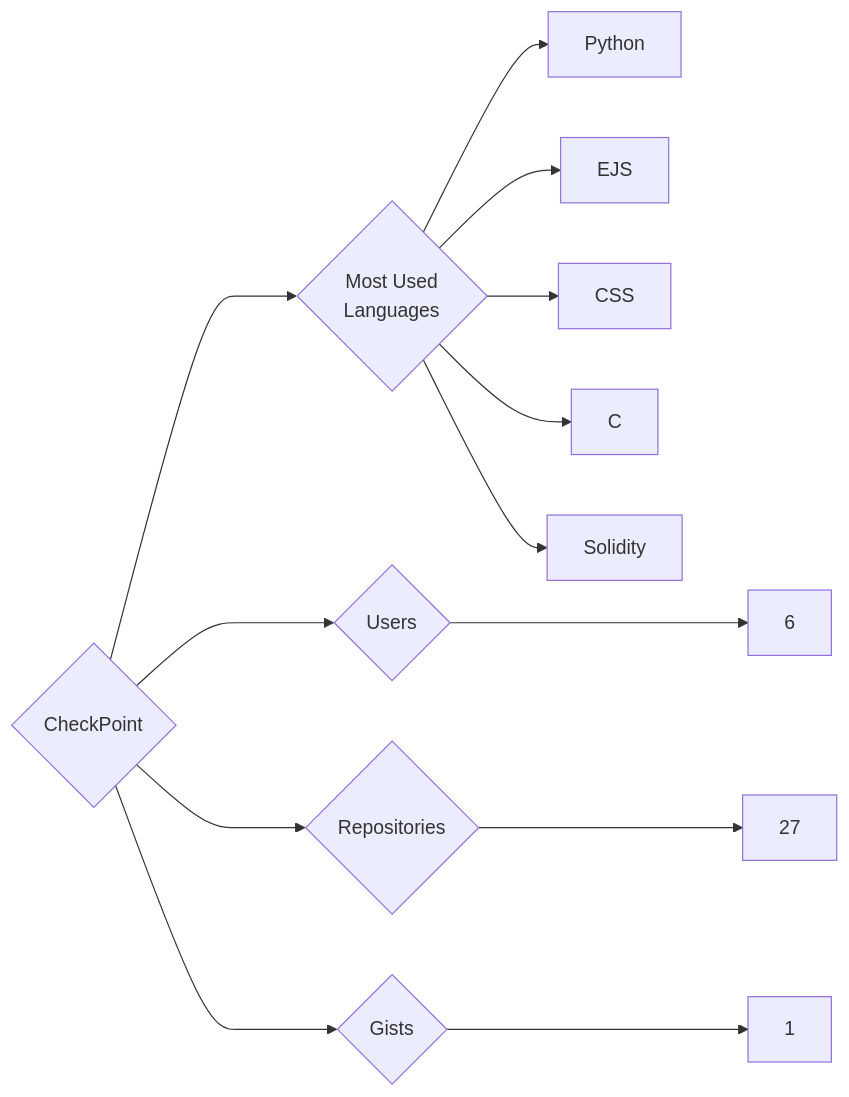
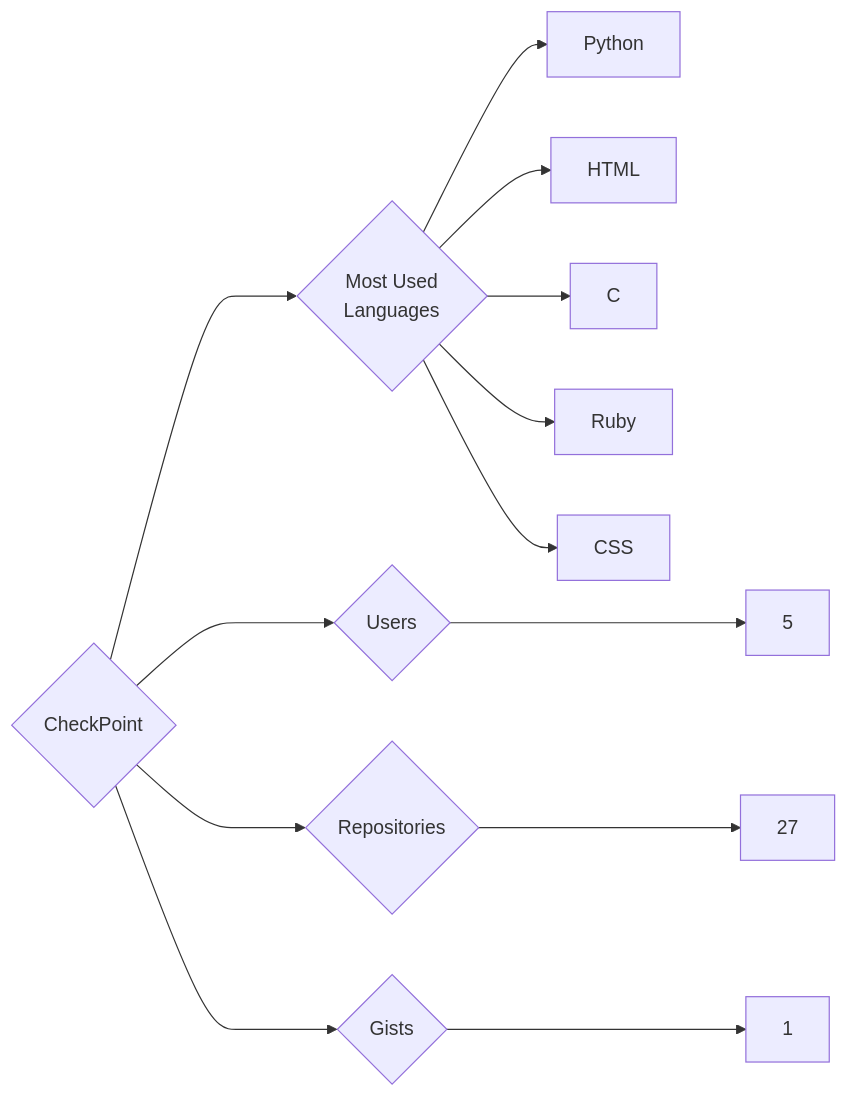
One commit to trickest/insiders changed the diagram in targets/CheckPoint/README.md. Above: the diagram before and after it, drawn with Mermaid. The commit also changed 736 other files, not shown here.

````diff
--- a/targets/CheckPoint/README.md
+++ b/targets/CheckPoint/README.md
@@ -3,13 +3,13 @@
 ```mermaid
 graph LR
 COMPANY_NAME{CheckPoint}
-COMPANY_NAME ---> U{Users} ---> UN[6]
+COMPANY_NAME ---> U{Users} ---> UN[5]
 COMPANY_NAME ---> R{Repositories} ---> RN[27]
 COMPANY_NAME ---> G{Gists} ---> GN[1]
 COMPANY_NAME ---> ML{Most Used<br>Languages}
 ML --> Python[Python]
-ML --> EJS[EJS]
+ML --> HTML[HTML]
+ML --> C[C]
+ML --> Ruby[Ruby]
 ML --> CSS[CSS]
-ML --> C[C]
-ML --> Solidity[Solidity]
 ```
````
